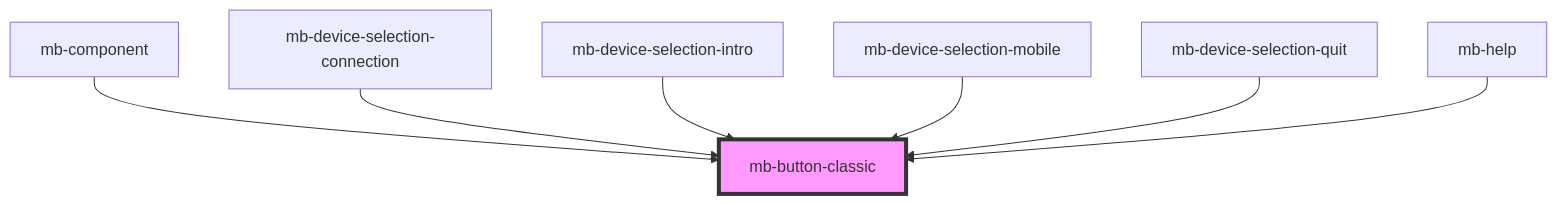
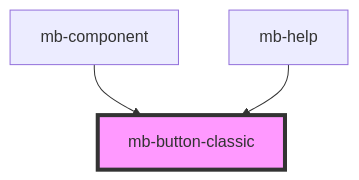
Before and after one commit to BlinkID/blinkid-in-browser: the diagram in ui/docs/components/shared/mb-button-classic/readme.md, drawn with Mermaid. The commit also changed other lines of this file and 110 other files, not shown here.

````diff
--- a/ui/docs/components/shared/mb-button-classic/readme.md
+++ b/ui/docs/components/shared/mb-button-classic/readme.md
@@ -38,10 +34,6 @@
 ```mermaid
 graph TD;
   mb-component --> mb-button-classic
-  mb-device-selection-connection --> mb-button-classic
-  mb-device-selection-intro --> mb-button-classic
-  mb-device-selection-mobile --> mb-button-classic
-  mb-device-selection-quit --> mb-button-classic
   mb-help --> mb-button-classic
   style mb-button-classic fill:#f9f,stroke:#333,stroke-width:4px
 ```
````
